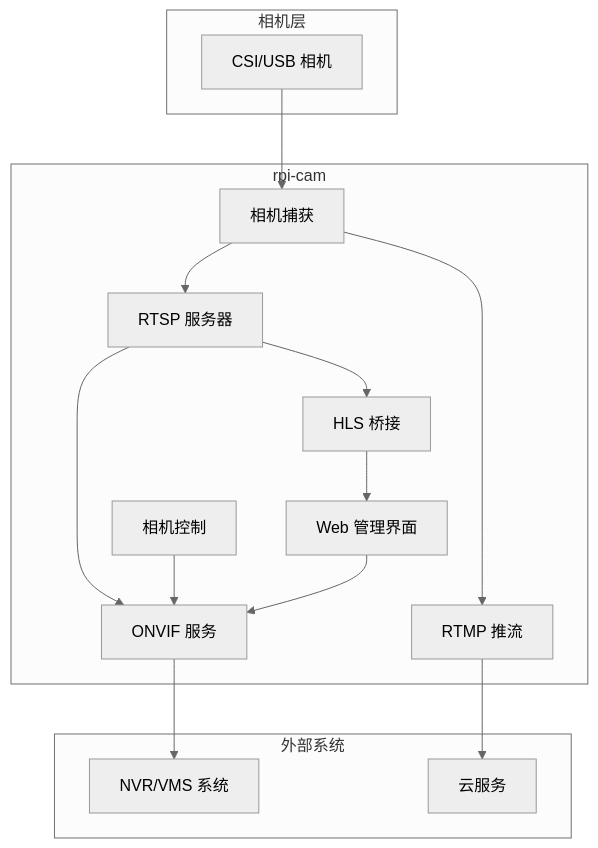
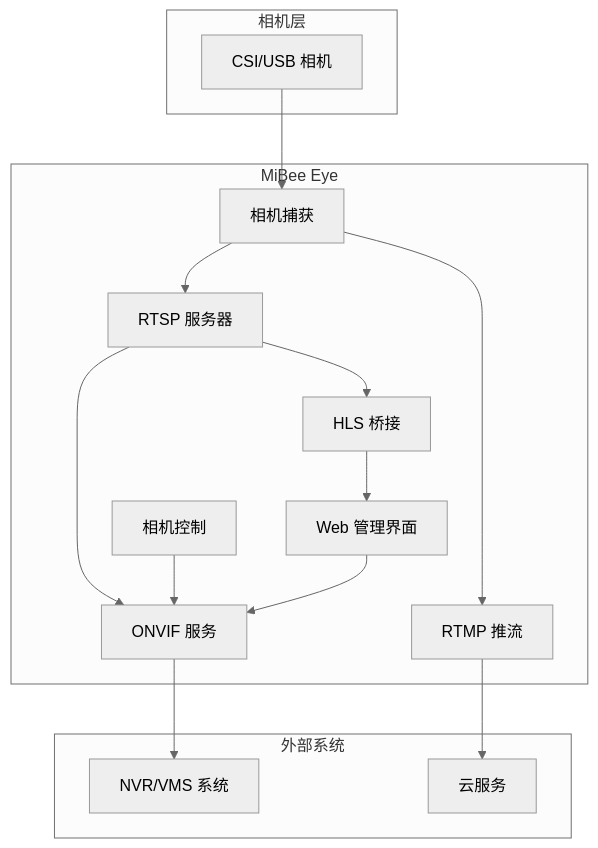
One commit to Mi-Bee-Studio/raspberrypi-camera changed the diagram in README.md. Above: the diagram before and after it, drawn with Mermaid (neutral theme). The commit also changed other lines of this file and 6 other files, not shown here.

First line of the commit message:
docs: update English documentation for MiBee Eye rebrand

````diff
--- a/README.md
+++ b/README.md
@@ -115,32 +115,32 @@
 ```mermaid
 flowchart TB
     subgraph 相机层
         CAM["CSI/USB 相机"]
     end
 
-    subgraph rpi-cam
+    subgraph MiBee Eye
         CAP["相机捕获"]
         RTSP["RTSP 服务器"]
         HLS["HLS 桥接"]
         ONVIF["ONVIF 服务"]
         RTMP["RTMP 推流"]
         CTRL["相机控制"]
         WEBUI["Web 管理界面"]
     end
 
     subgraph 外部系统
         NVR["NVR/VMS 系统"]
         CLOUD["云服务"]
     end
 
     CAM --> CAP
     CAP --> RTSP
     CAP --> RTMP
     RTSP --> ONVIF
     RTSP --> HLS
     HLS --> WEBUI
     CTRL --> ONVIF
     WEBUI --> ONVIF
     ONVIF --> NVR
     RTMP --> CLOUD
 ```
````
